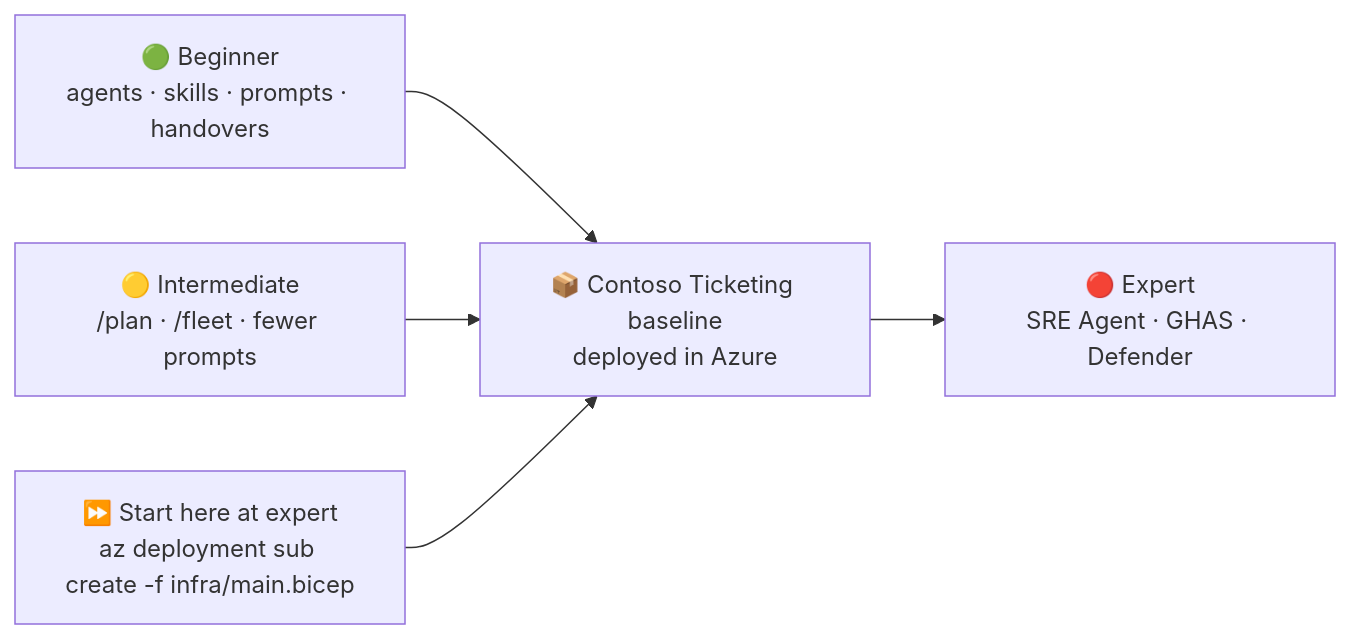
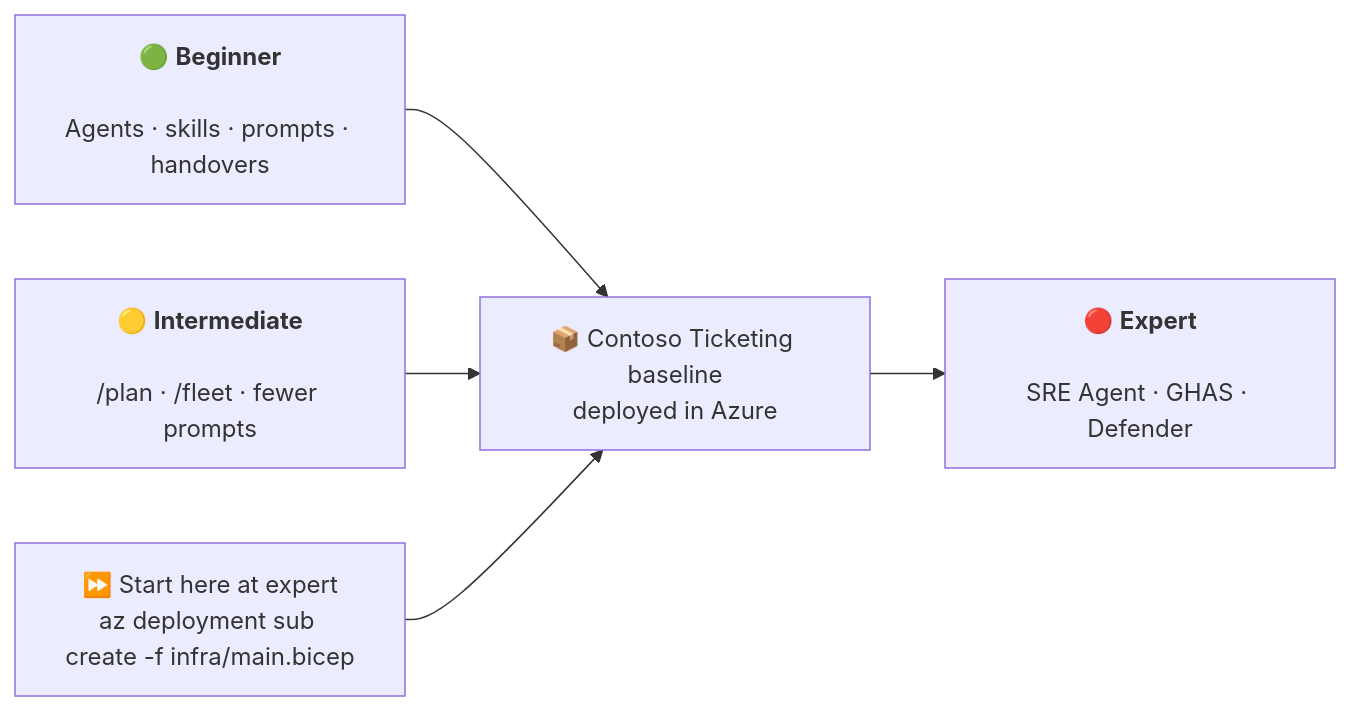
One commit to donk-msft/AgenticEngineering-Hackathon-Infrastructure changed the first of 2 diagrams in README.md. Above: the diagram before and after it, drawn with Mermaid.

Commit message:
Improve README Mermaid track labels
Separate each track title from its learning points for clearer Mermaid rendering.

Copilot-Session: 09d011c4-7a09-48a7-8b19-9f98fbe15c52

````diff
--- a/README.md
+++ b/README.md
@@ -20,8 +20,8 @@
 ```mermaid
 flowchart LR
-    B["🟢 Beginner<br/>agents · skills · prompts · handovers"] --> W
-    I["🟡 Intermediate<br/>/plan · /fleet · fewer prompts"] --> W
+    B["🟢 <b>Beginner</b><br/><br/>Agents · skills · prompts · handovers"] --> W
+    I["🟡 <b>Intermediate</b><br/><br/>/plan · /fleet · fewer prompts"] --> W
     W["📦 Contoso Ticketing baseline<br/>deployed in Azure"] --> E
-    E["🔴 Expert<br/>SRE Agent · GHAS · Defender"]
+    E["🔴 <b>Expert</b><br/><br/>SRE Agent · GHAS · Defender"]
     R["⏩ Start here at expert<br/>az deployment sub create -f infra/main.bicep"] --> W
 ```
````
